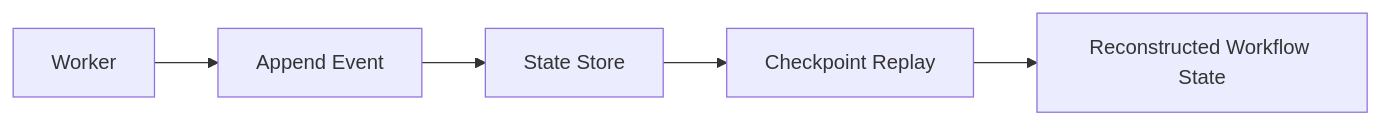
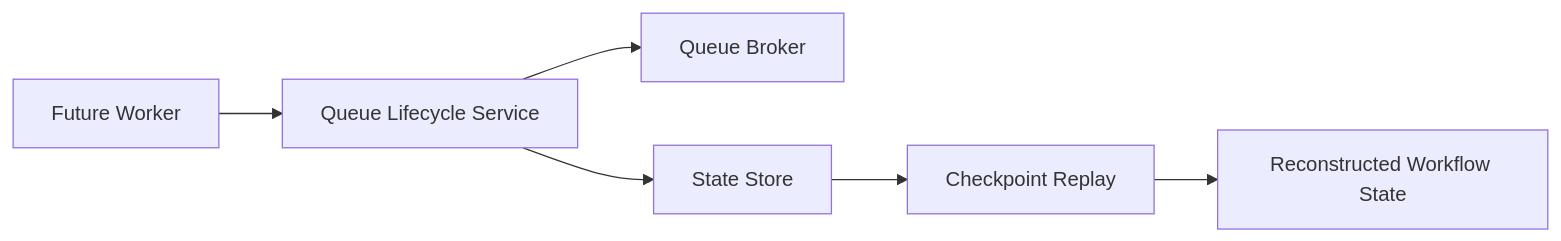
Before and after one commit to knishkarora/Ather-OS: the diagram in docs/06_State_Management.md, drawn with Mermaid. The commit also changed other lines of this file and 14 other files, not shown here.

Commit message:
ADDED: Queue broker now get connected with the state store and workflow submission events, task claim/completion events, dependency unblocking events, and invalid completion handling.

````diff
--- a/docs/06_State_Management.md
+++ b/docs/06_State_Management.md
@@ -35,7 +36,8 @@
 ```mermaid
 flowchart LR
-    Worker["Worker"] --> Event["Append Event"]
-    Event --> StateStore["State Store"]
+    Worker["Future Worker"] --> Lifecycle["Queue Lifecycle Service"]
+    Lifecycle --> Queue["Queue Broker"]
+    Lifecycle --> StateStore["State Store"]
     StateStore --> Replay["Checkpoint Replay"]
     Replay --> WorkflowState["Reconstructed Workflow State"]
 ```
````
